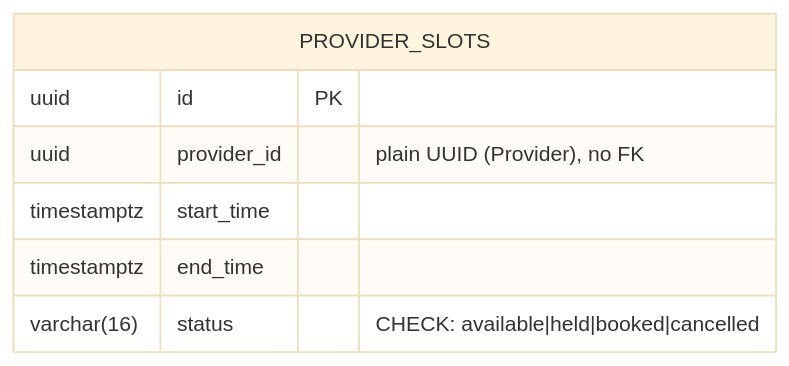
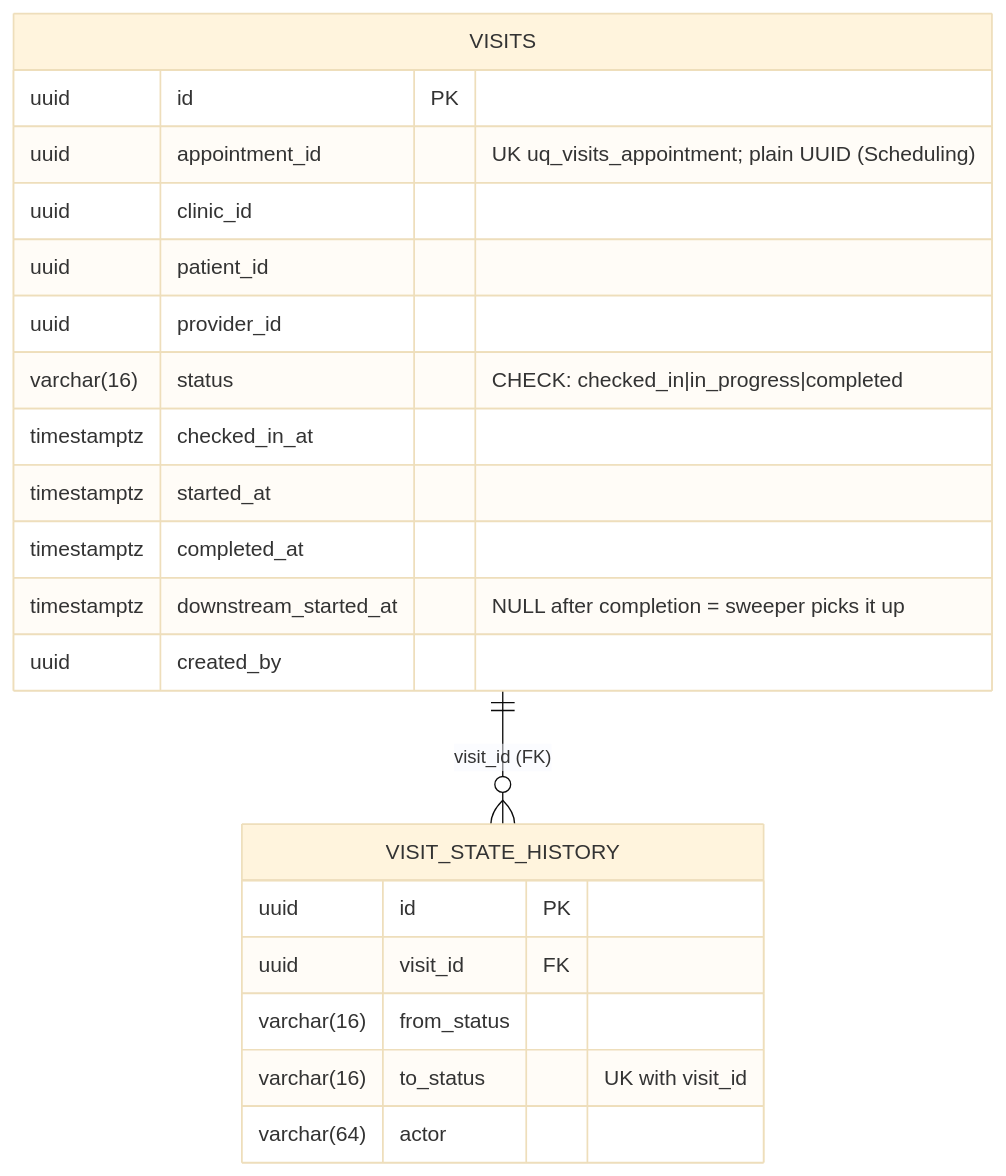
One commit to umarEmumba/smarthealth changed the sixth of 8 diagrams in docs/erd.md. Above: the diagram before and after it, drawn with Mermaid (base theme). The commit also changed other lines of this file and 4 other files, not shown here.

First line of the commit message:
docs(02-12): README, architecture and ERD for the Phase 2 services, workflows and tables

````diff
--- a/docs/erd.md
+++ b/docs/erd.md
@@ -130,10 +204,24 @@
 ```mermaid
 erDiagram
-    PROVIDER_SLOTS {
+    VISITS ||--o{ VISIT_STATE_HISTORY : "visit_id (FK)"
+    VISITS {
         uuid id PK
-        uuid provider_id "plain UUID (Provider), no FK"
-        timestamptz start_time
-        timestamptz end_time
-        varchar(16) status "CHECK: available|held|booked|cancelled"
+        uuid appointment_id "UK uq_visits_appointment; plain UUID (Scheduling)"
+        uuid clinic_id
+        uuid patient_id
+        uuid provider_id
+        varchar(16) status "CHECK: checked_in|in_progress|completed"
+        timestamptz checked_in_at
+        timestamptz started_at
+        timestamptz completed_at
+        timestamptz downstream_started_at "NULL after completion = sweeper picks it up"
+        uuid created_by
+    }
+    VISIT_STATE_HISTORY {
+        uuid id PK
+        uuid visit_id FK
+        varchar(16) from_status
+        varchar(16) to_status "UK with visit_id"
+        varchar(64) actor
     }
 ```
````
